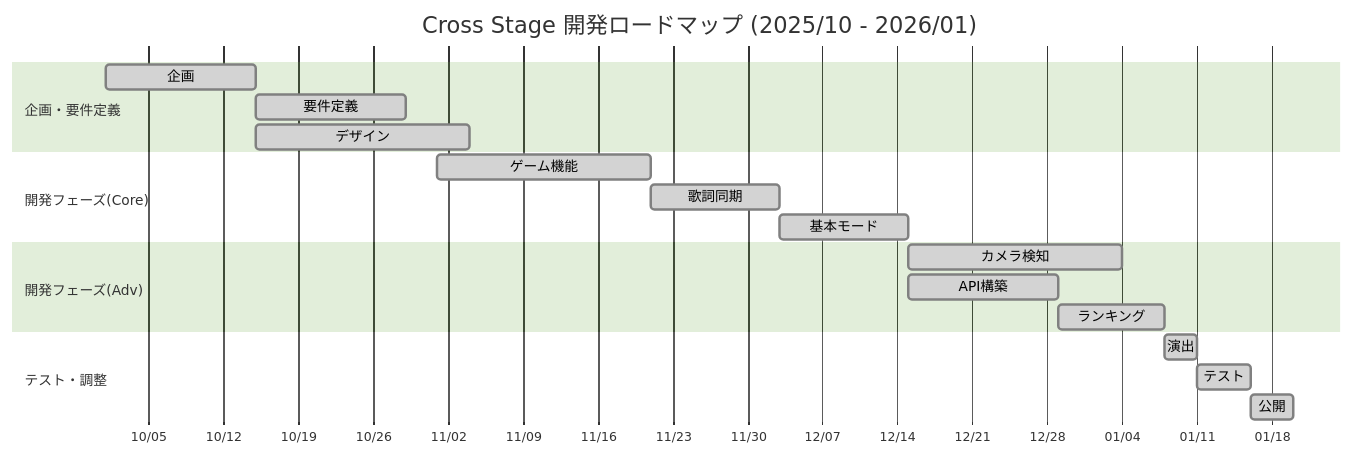
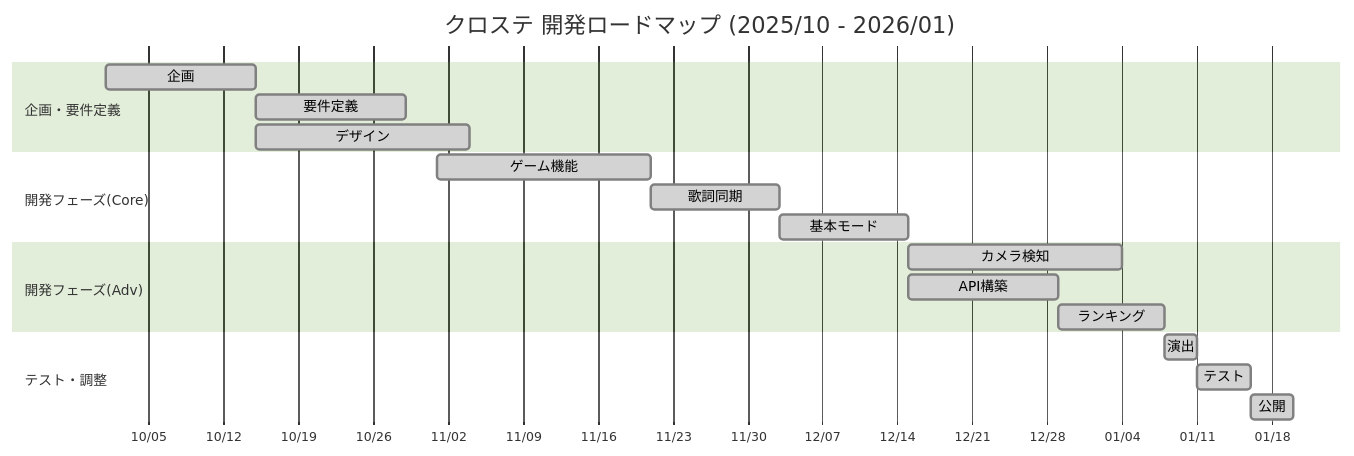
One commit to syusyusyusyu/star changed the sixth of 12 diagrams in README.md. Above: the diagram before and after it, drawn with Mermaid (forest theme). The commit also changed other lines of this file and 1 other file, not shown here.

Commit message:
fix: READMEの表記を「Cross Stage」から「クロステ」に統一し、関連情報を整理

````diff
--- a/README.md
+++ b/README.md
@@ -239,26 +239,26 @@
 ```mermaid
 gantt
-    title Cross Stage 開発ロードマップ (2025/10 - 2026/01)
+    title クロステ 開発ロードマップ (2025/10 - 2026/01)
     dateFormat  YYYY-MM-DD
     axisFormat %m/%d
     
     section 企画・要件定義
     企画               :done, a1, 2025-10-01, 14d
     要件定義           :done, a2, after a1, 14d
     デザイン           :done, a3, after a1, 20d
     
     section 開発フェーズ(Core)
     ゲーム機能       :done, b1, 2025-11-01, 20d
     歌詞同期           :done, b2, after b1, 12d
     基本モード         :done, b3, after b2, 12d
     
     section 開発フェーズ(Adv)
     カメラ検知         :done, c1, after b3, 20d
     API構築            :done, c2, after b3, 14d
     ランキング         :done, c3, after c2, 10d
     
     section テスト・調整
     演出               :done, d1, 2026-01-08, 3d
     テスト             :done, d2, after d1, 5d
     公開               :done, d3, after d2, 4d
 ```
````
